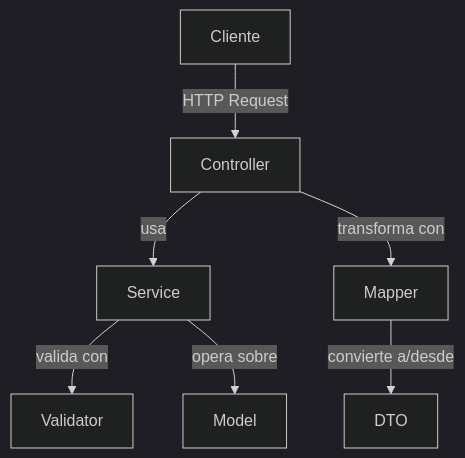
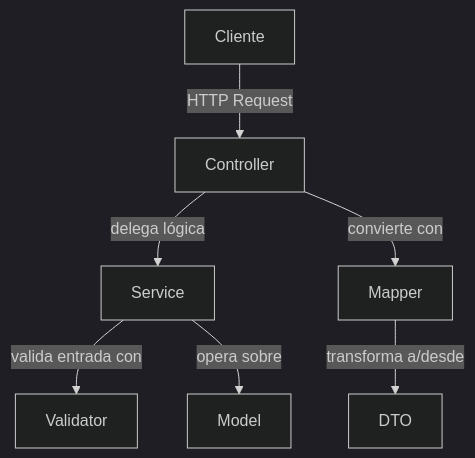
One commit to nicoparrado123/-DOSW-Library changed the first of 3 diagrams in README.md. Above: the diagram before and after it, drawn with Mermaid (dark theme). The commit also changed other lines of this file, not shown here.

````diff
--- a/README.md
+++ b/README.md
@@ -26,9 +26,9 @@
 ```mermaid
 graph TD
     Cliente -->|HTTP Request| Controller
-    Controller -->|usa| Service
-    Service -->|valida con| Validator
+    Controller -->|delega lógica| Service
+    Service -->|valida entrada con| Validator
     Service -->|opera sobre| Model
-    Controller -->|transforma con| Mapper
-    Mapper -->|convierte a/desde| DTO
+    Controller -->|convierte con| Mapper
+    Mapper -->|transforma a/desde| DTO
 ```
````
